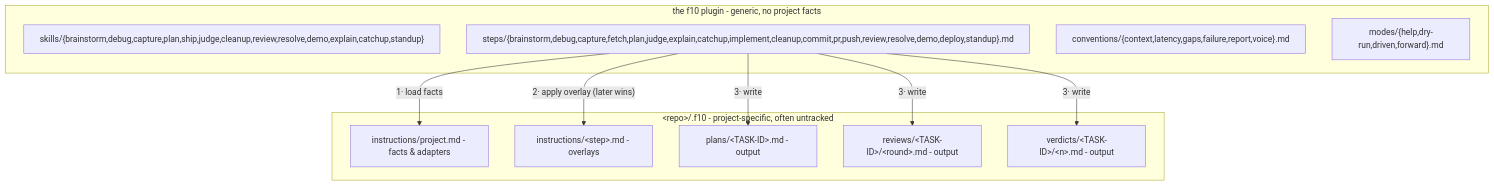
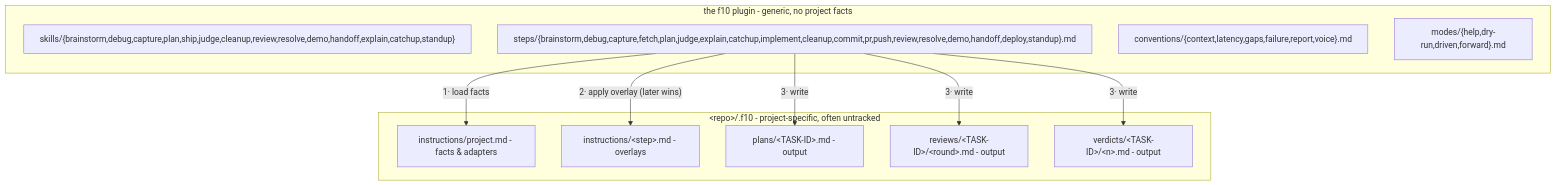
One commit to amberpixels/f10 changed the second of 2 diagrams in README.md. Above: the diagram before and after it, drawn with Mermaid. The commit also changed other lines of this file and 12 other files, not shown here.

````diff
--- a/README.md
+++ b/README.md
@@ -308,21 +310,21 @@
 ```mermaid
 flowchart TB
     subgraph plugin ["the f10 plugin - generic, no project facts"]
-        skills2["skills/{brainstorm,debug,capture,plan,ship,judge,cleanup,review,resolve,demo,explain,catchup,standup}"]
-        gsteps["steps/{brainstorm,debug,capture,fetch,plan,judge,explain,catchup,implement,cleanup,commit,pr,push,review,resolve,demo,deploy,standup}.md"]
+        skills2["skills/{brainstorm,debug,capture,plan,ship,judge,cleanup,review,resolve,demo,handoff,explain,catchup,standup}"]
+        gsteps["steps/{brainstorm,debug,capture,fetch,plan,judge,explain,catchup,implement,cleanup,commit,pr,push,review,resolve,demo,handoff,deploy,standup}.md"]
         conv["conventions/{context,latency,gaps,failure,report,voice}.md"]
         modes2["modes/{help,dry-run,driven,forward}.md"]
     end
     subgraph repo ["&lt;repo&gt;/.f10 - project-specific, often untracked"]
         proj["instructions/project.md - facts & adapters"]
         over["instructions/&lt;step&gt;.md - overlays"]
         plans2["plans/&lt;TASK-ID&gt;.md - output"]
         reviews2["reviews/&lt;TASK-ID&gt;/&lt;round&gt;.md - output"]
         verdicts2["verdicts/&lt;TASK-ID&gt;/&lt;n&gt;.md - output"]
     end
     gsteps -- "1· load facts" --> proj
     gsteps -- "2· apply overlay (later wins)" --> over
     gsteps -- "3· write" --> plans2
     gsteps -- "3· write" --> reviews2
     gsteps -- "3· write" --> verdicts2
 ```
````
